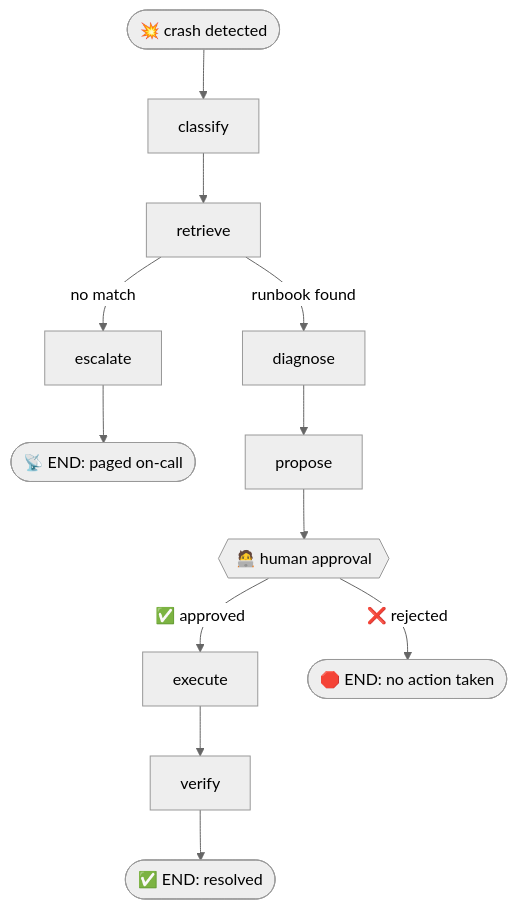
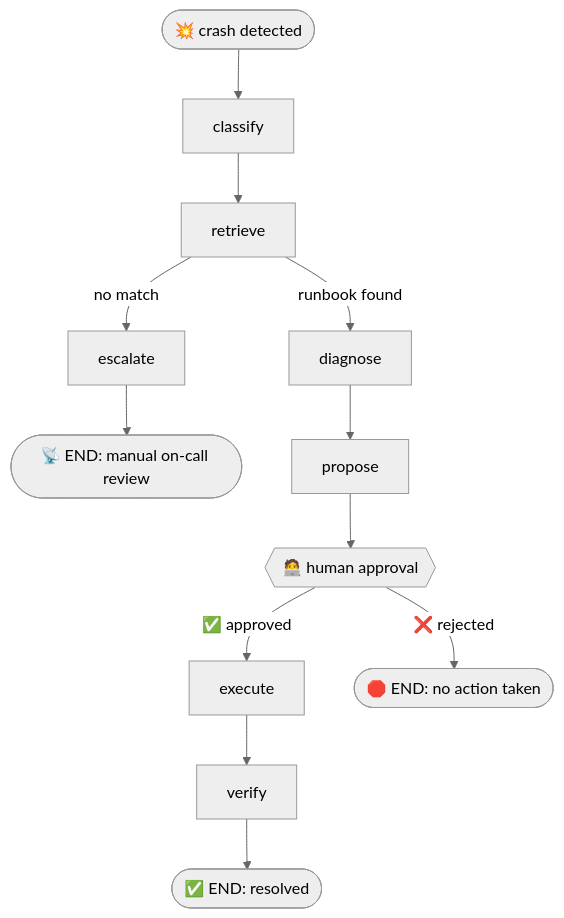
The second of 2 diagrams in README.md (HariHaran9597/Sentinel-Self-Healing-DevOps-Agent), drawn with Mermaid (neutral theme) before and after one commit. The commit also changed other lines of this file and 18 other files, not shown here.

````diff
--- a/README.md
+++ b/README.md
@@ -92,9 +113,9 @@
 ```mermaid
 flowchart TD
     S(["💥 crash detected"]) --> classify --> retrieve
-    retrieve -->|"no match"| escalate --> E(["📡 END: paged on-call"])
+    retrieve -->|"no match"| escalate --> E(["📡 END: manual on-call review"])
     retrieve -->|"runbook found"| diagnose --> propose
     propose --> gate{{"🧑‍💻 human approval"}}
     gate -->|"✅ approved"| execute --> verify --> E2(["✅ END: resolved"])
     gate -->|"❌ rejected"| E3(["🛑 END: no action taken"])
 ```
````
